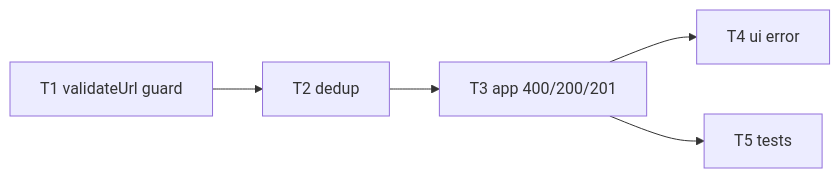
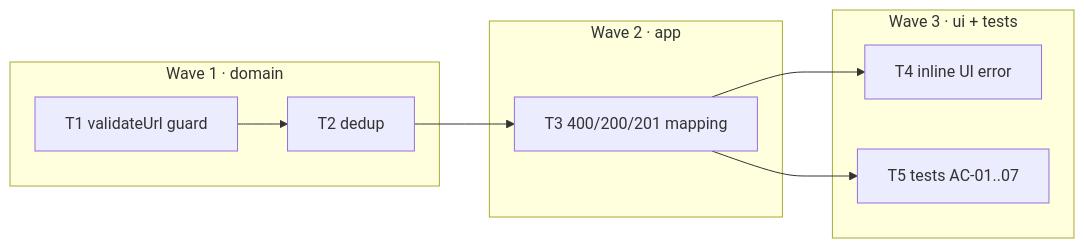
The diagram in docs/features/input-validation/tasks/_epic.md (genkovich/url-shortener), drawn with Mermaid before and after one commit. The commit also changed other lines of this file and 34 other files, not shown here.

````diff
--- a/docs/features/input-validation/tasks/_epic.md
+++ b/docs/features/input-validation/tasks/_epic.md
@@ -13,6 +13,17 @@
 ```mermaid
 flowchart LR
-  T1[T1 validateUrl guard] --> T2[T2 dedup] --> T3[T3 app 400/200/201]
-  T3 --> T4[T4 ui error]
-  T3 --> T5[T5 tests]
+  subgraph W1["Wave 1 · domain"]
+    T1[T1 validateUrl guard]
+    T2[T2 dedup]
+  end
+  subgraph W2["Wave 2 · app"]
+    T3[T3 400/200/201 mapping]
+  end
+  subgraph W3["Wave 3 · ui + tests"]
+    T4[T4 inline UI error]
+    T5[T5 tests AC-01..07]
+  end
+  T1 --> T2 --> T3
+  T3 --> T4
+  T3 --> T5
 ```
````
